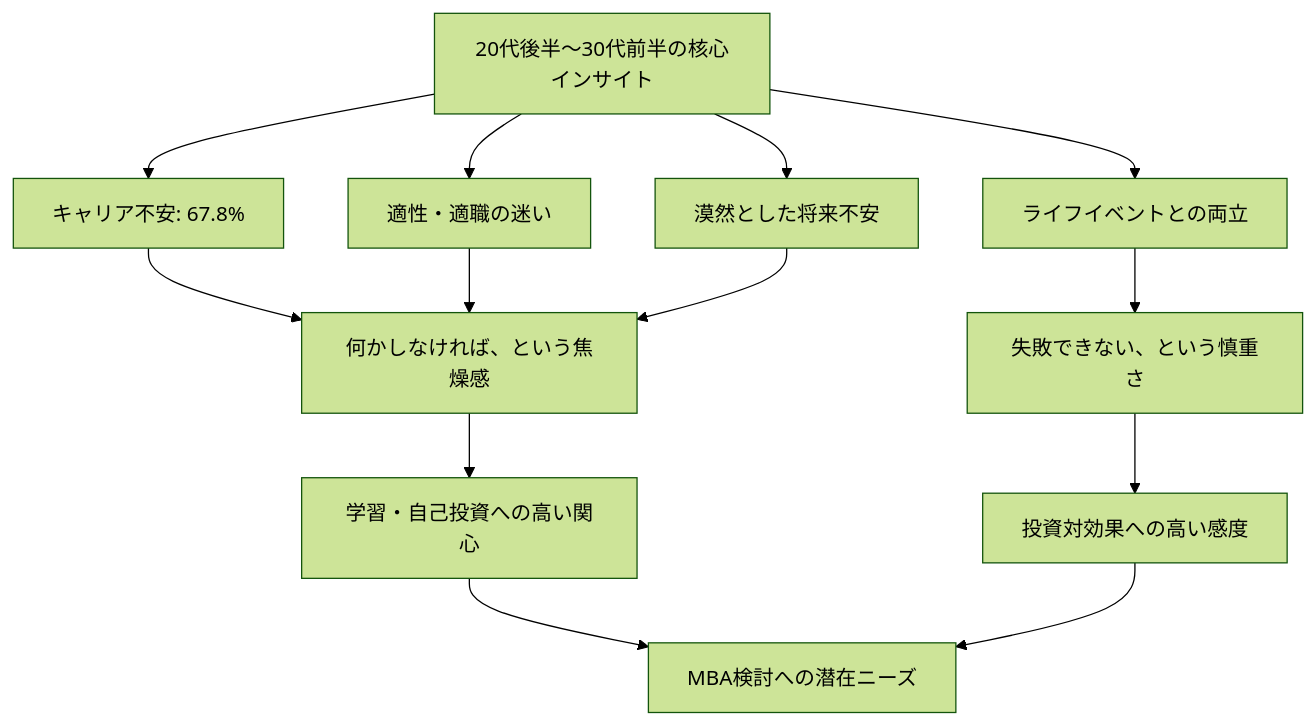
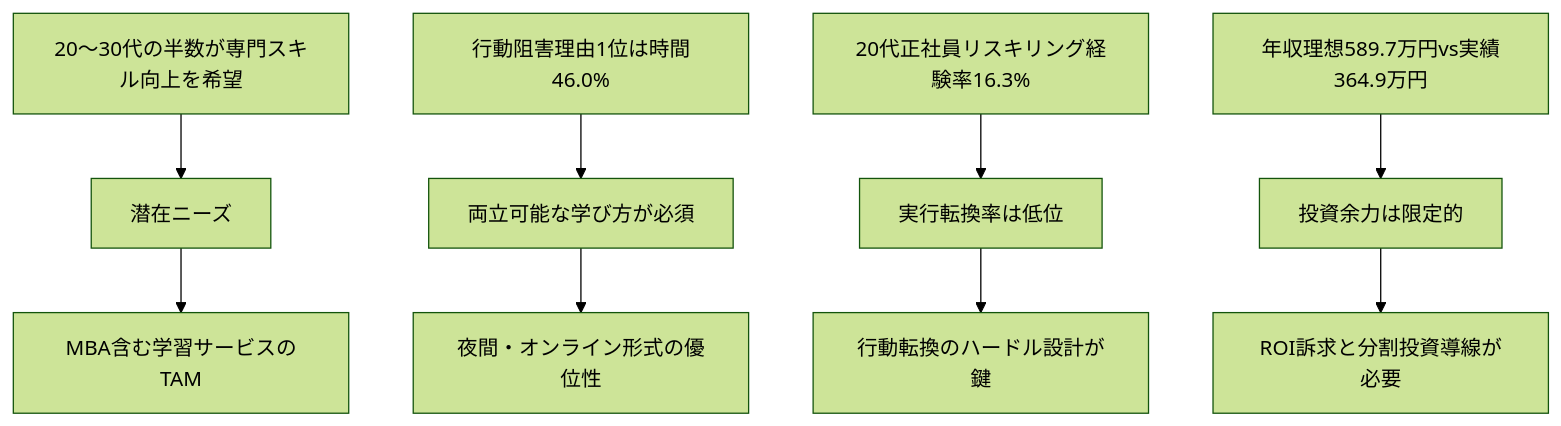
One commit to cheryy1974/ai-keiei-sanbo changed the diagram in outputs/市場検証_若手MBA市場_20260528.md. Above: the diagram before and after it, drawn with Mermaid (forest theme). The commit also changed other lines of this file, not shown here.

````diff
--- a/outputs/市場検証_若手MBA市場_20260528.md
+++ b/outputs/市場検証_若手MBA市場_20260528.md
@@ -27,15 +60,11 @@
 ```mermaid
 graph TD
-    A[20代後半〜30代前半の核心インサイト] --> B[キャリア不安: 67.8%]
-    A --> C[適性・適職の迷い]
-    A --> D[漠然とした将来不安]
-    A --> E[ライフイベントとの両立]
-    B --> F[何かしなければ、という焦燥感]
-    C --> F
-    D --> F
-    E --> G[失敗できない、という慎重さ]
-    F --> H[学習・自己投資への高い関心]
-    G --> I[投資対効果への高い感度]
-    H --> J[MBA検討への潜在ニーズ]
-    I --> J
+    A[20〜30代の半数が専門スキル向上を希望] --> D[潜在ニーズ]
+    B[行動阻害理由1位は時間46.0%] --> E[両立可能な学び方が必須]
+    C[20代正社員リスキリング経験率16.3%] --> F[実行転換率は低位]
+    G[年収理想589.7万円vs実績364.9万円] --> H[投資余力は限定的]
+    D --> I[MBA含む学習サービスのTAM]
+    E --> J[夜間・オンライン形式の優位性]
+    F --> K[行動転換のハードル設計が鍵]
+    H --> L[ROI訴求と分割投資導線が必要]
 ```
````
